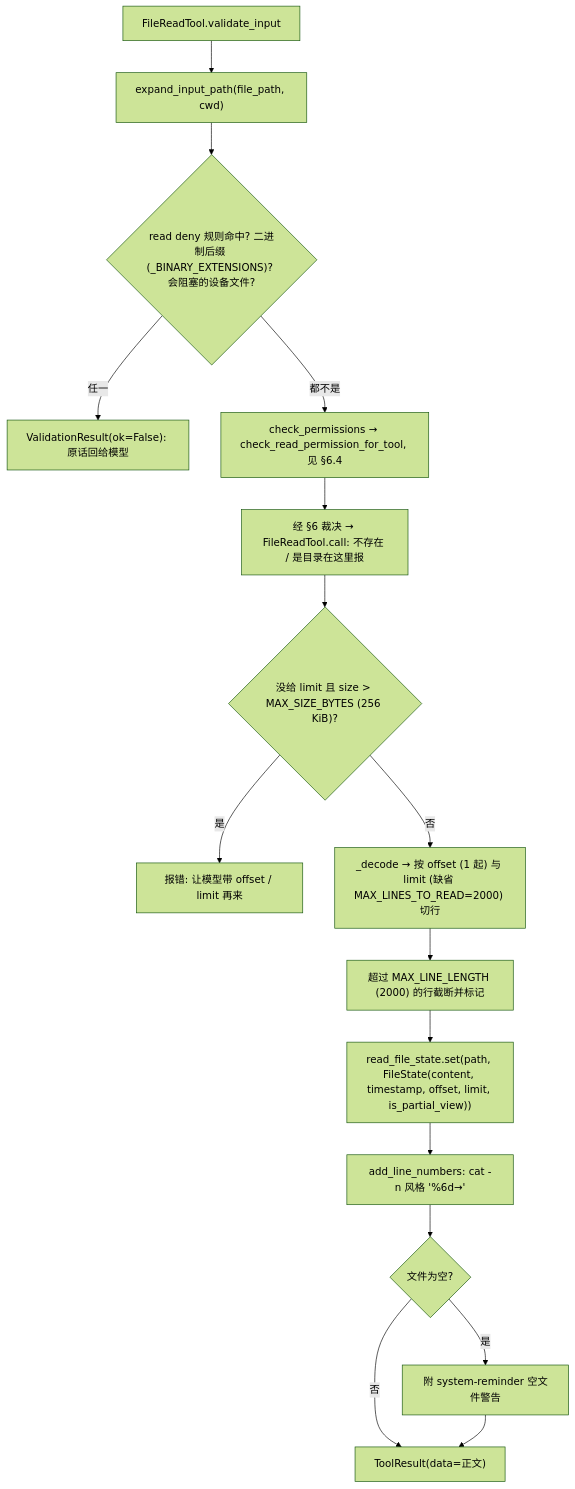
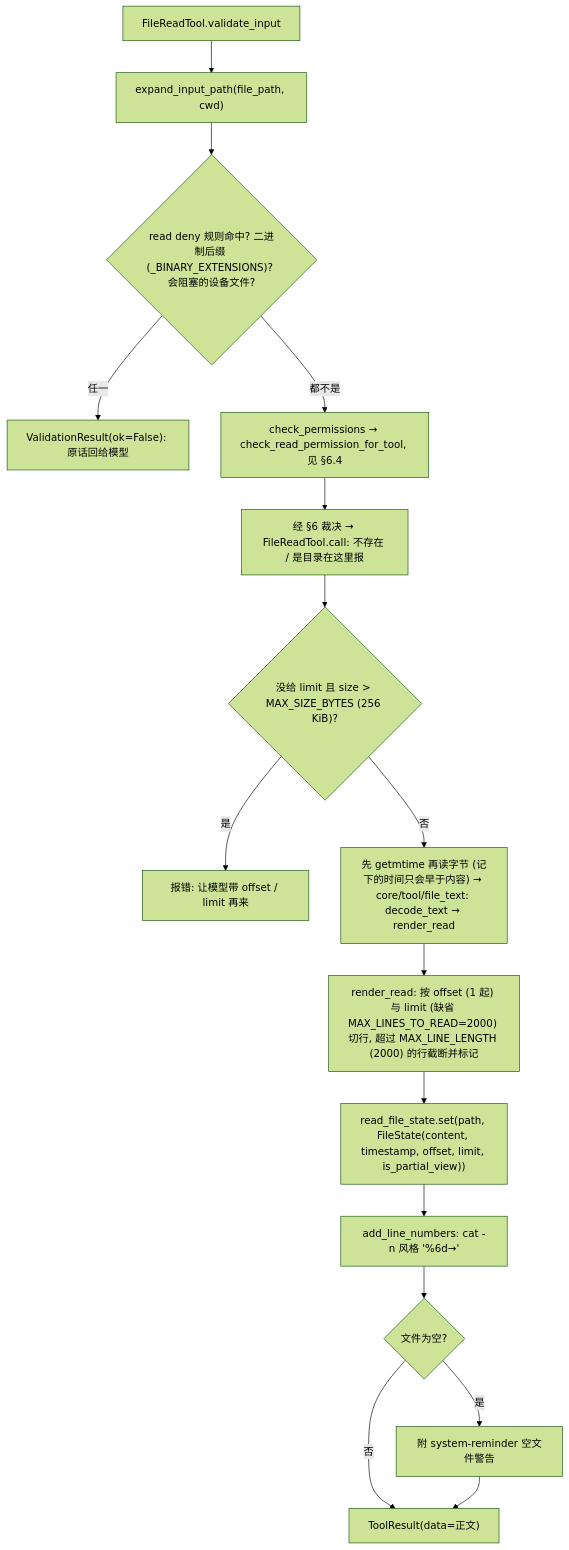
Before and after one commit to qubaolai/ForgeCLI: diagram 28 of 53 in docs/06-代码阅读线路.md, drawn with Mermaid (forest theme). The commit also changed other lines of this file and 54 other files, not shown here.

````diff
--- a/docs/06-代码阅读线路.md
+++ b/docs/06-代码阅读线路.md
@@ -1218,18 +1206,18 @@
 ```mermaid
 flowchart TD
     A["FileReadTool.validate_input"] --> B["expand_input_path(file_path, cwd)"]
     B --> C{"read deny 规则命中? 二进制后缀 (_BINARY_EXTENSIONS)? 会阻塞的设备文件?"}
     C -->|任一| D["ValidationResult(ok=False): 原话回给模型"]
     C -->|都不是| E["check_permissions → check_read_permission_for_tool, 见 §6.4"]
     E --> F["经 §6 裁决 → FileReadTool.call: 不存在 / 是目录在这里报"]
     F --> G{"没给 limit 且 size > MAX_SIZE_BYTES (256 KiB)?"}
     G -->|是| H["报错: 让模型带 offset / limit 再来"]
-    G -->|否| I["_decode → 按 offset (1 起) 与 limit (缺省 MAX_LINES_TO_READ=2000) 切行"]
-    I --> J["超过 MAX_LINE_LENGTH (2000) 的行截断并标记"]
+    G -->|否| I["先 getmtime 再读字节 (记下的时间只会早于内容) → core/tool/file_text: decode_text → render_read"]
+    I --> J["render_read: 按 offset (1 起) 与 limit (缺省 MAX_LINES_TO_READ=2000) 切行, 超过 MAX_LINE_LENGTH (2000) 的行截断并标记"]
     J --> K["read_file_state.set(path, FileState(content, timestamp, offset, limit, is_partial_view))"]
     K --> L["add_line_numbers: cat -n 风格 '%6d→'"]
     L --> M{"文件为空?"}
     M -->|是| N["附 system-reminder 空文件警告"]
     M -->|否| O["ToolResult(data=正文)"]
     N --> O
 ```
````
